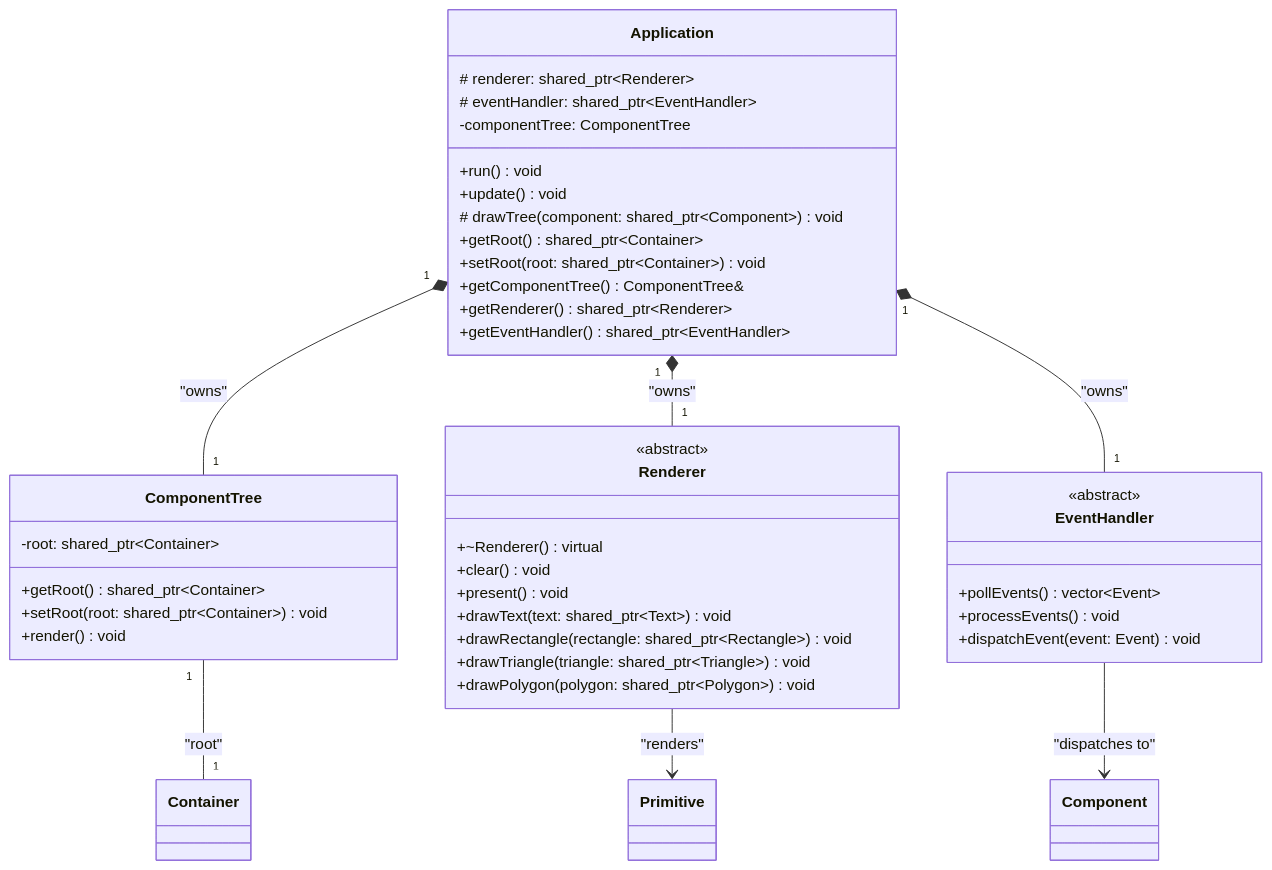
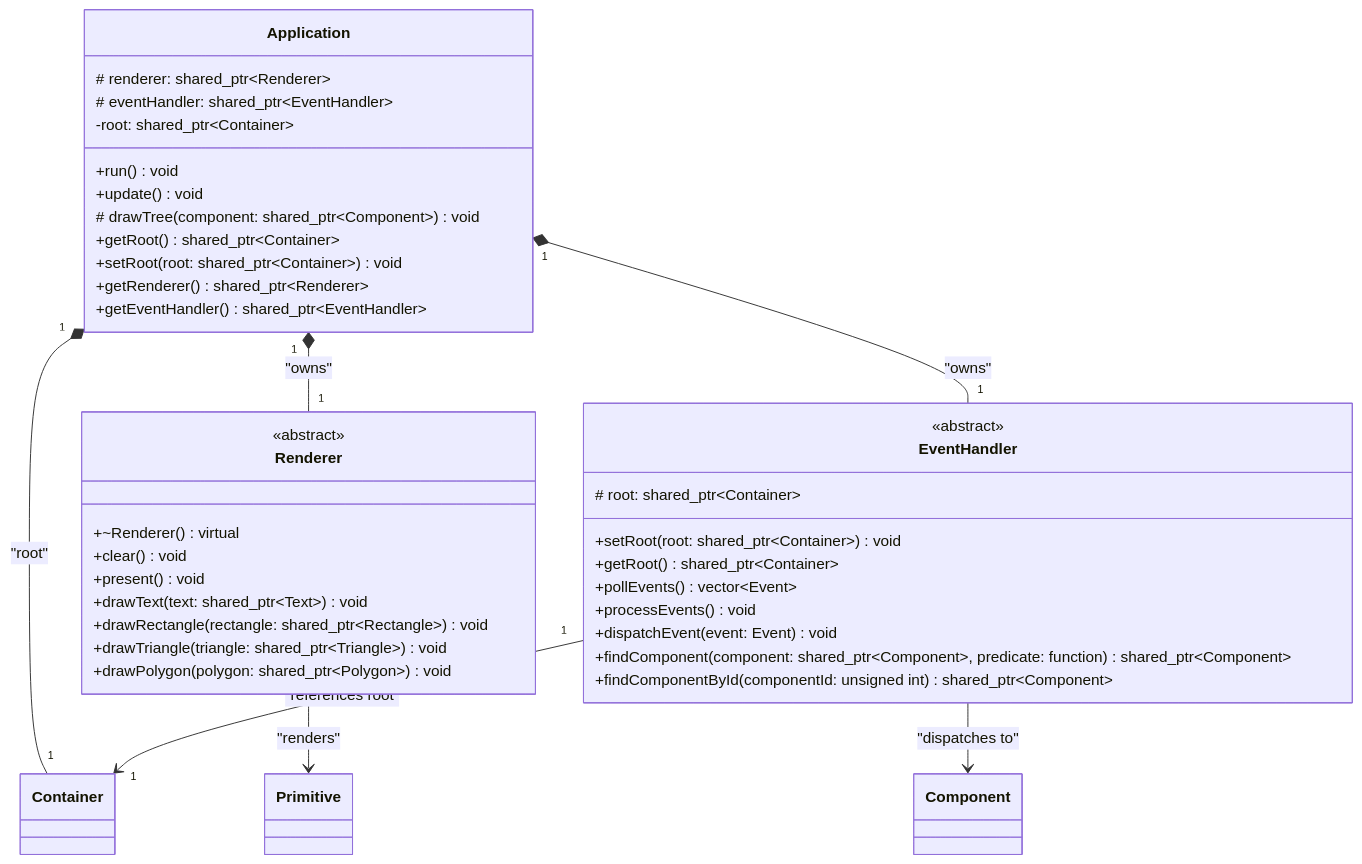
Before and after one commit to etib-corp/guillaume: the fifth of 6 diagrams in docs/ARCHITECTURE.md, drawn with Mermaid. The commit also changed other lines of this file and 11 other files, not shown here.

Commit message:
Refactor: Remove ComponentTree for code comprehension

````diff
--- a/docs/ARCHITECTURE.md
+++ b/docs/ARCHITECTURE.md
@@ -215,51 +208,48 @@
 ```mermaid
 classDiagram
   class Application {
     # renderer: shared_ptr~Renderer~
     # eventHandler: shared_ptr~EventHandler~
-    -componentTree: ComponentTree
+    -root: shared_ptr~Container~
     +run() void
     +update() void
     # drawTree(component: shared_ptr~Component~) void
     +getRoot() shared_ptr~Container~
     +setRoot(root: shared_ptr~Container~) void
-    +getComponentTree() ComponentTree&
     +getRenderer() shared_ptr~Renderer~
     +getEventHandler() shared_ptr~EventHandler~
-  }
-
-  class ComponentTree {
-    -root: shared_ptr~Container~
-    +getRoot() shared_ptr~Container~
-    +setRoot(root: shared_ptr~Container~) void
-    +render() void
   }
 
   class Renderer {
     <<abstract>>
     +~Renderer() virtual
     +clear() void
     +present() void
     +drawText(text: shared_ptr~Text~) void
     +drawRectangle(rectangle: shared_ptr~Rectangle~) void
     +drawTriangle(triangle: shared_ptr~Triangle~) void
     +drawPolygon(polygon: shared_ptr~Polygon~) void
   }
 
   class EventHandler {
     <<abstract>>
+    # root: shared_ptr~Container~
+    +setRoot(root: shared_ptr~Container~) void
+    +getRoot() shared_ptr~Container~
     +pollEvents() vector~Event~
     +processEvents() void
     +dispatchEvent(event: Event) void
+    +findComponent(component: shared_ptr~Component~, predicate: function) shared_ptr~Component~
+    +findComponentById(componentId: unsigned int) shared_ptr~Component~
   }
 
   class Container {
   }
 
-  Application "1" *-- "1" ComponentTree : "owns"
-  ComponentTree "1" -- "1" Container : "root"
+  Application "1" *-- "1" Container : "root"
   Application "1" *-- "1" Renderer : "owns"
   Application "1" *-- "1" EventHandler : "owns"
+  EventHandler "1" --> "1" Container : "references root"
   Renderer --> Primitive : "renders"
   EventHandler --> Component : "dispatches to"
 ```
````
